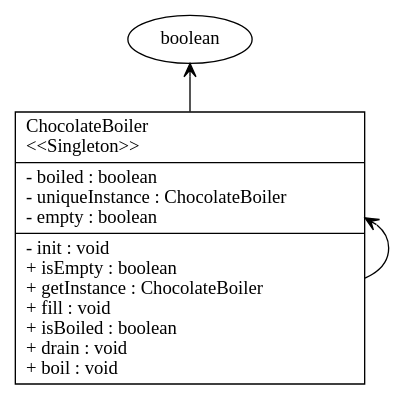
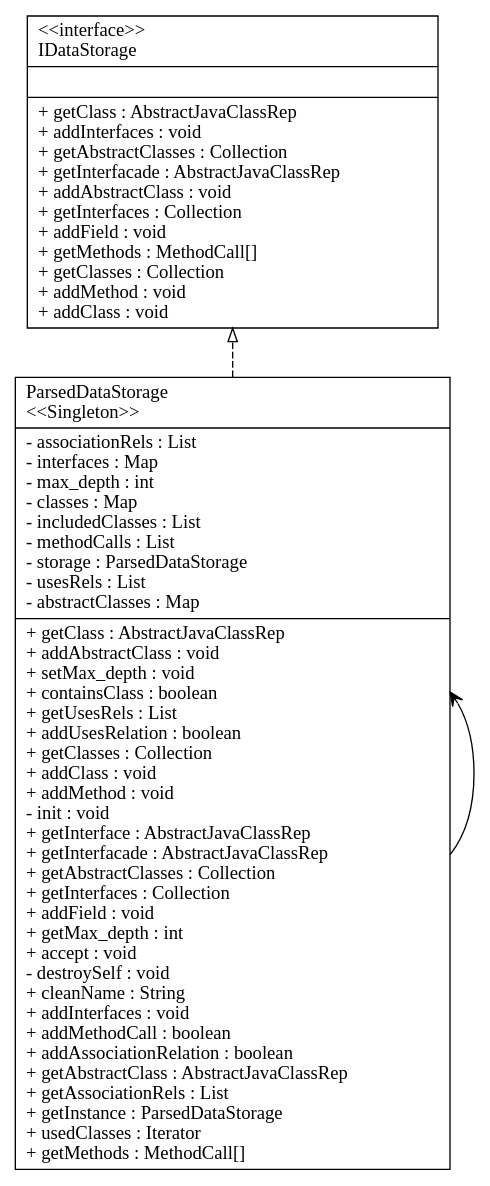
The diagram in graph_text/generated_graph.gv (cbudo/UMLCreator), drawn with Graphviz before and after one commit. The commit also changed 2 other files, not shown here.

```diff
--- a/graph_text/generated_graph.gv
+++ b/graph_text/generated_graph.gv
@@ -1,22 +1,63 @@
 digraph UML_Diagram
 {
 rankdir=BT;
 
-ChocolateBoiler [
+ParsedDataStorage [
 shape = "record", color="black",
-label = "{ChocolateBoiler\l\<\<Singleton\>\>\l|
-- boiled : boolean\l
-- uniqueInstance : ChocolateBoiler\l
-- empty : boolean\l
-|- init : void\l
-+ isEmpty : boolean\l
-+ getInstance : ChocolateBoiler\l
-+ fill : void\l
-+ isBoiled : boolean\l
-+ drain : void\l
-+ boil : void\l
+label = "{ParsedDataStorage\l\<\<Singleton\>\>\l|
+- associationRels : List\l
+- interfaces : Map\l
+- max_depth : int\l
+- classes : Map\l
+- includedClasses : List\l
+- methodCalls : List\l
+- storage : ParsedDataStorage\l
+- usesRels : List\l
+- abstractClasses : Map\l
+|+ getClass : AbstractJavaClassRep\l
++ addAbstractClass : void\l
++ setMax_depth : void\l
++ containsClass : boolean\l
++ getUsesRels : List\l
++ addUsesRelation : boolean\l
++ getClasses : Collection\l
++ addClass : void\l
++ addMethod : void\l
+- init : void\l
++ getInterface : AbstractJavaClassRep\l
++ getInterfacade : AbstractJavaClassRep\l
++ getAbstractClasses : Collection\l
++ getInterfaces : Collection\l
++ addField : void\l
++ getMax_depth : int\l
++ accept : void\l
+- destroySelf : void\l
++ cleanName : String\l
++ addInterfaces : void\l
++ addMethodCall : boolean\l
++ addAssociationRelation : boolean\l
++ getAbstractClass : AbstractJavaClassRep\l
++ getAssociationRels : List\l
++ getInstance : ParsedDataStorage\l
++ usedClasses : Iterator\l
++ getMethods : MethodCall[]\l
 }"];
-ChocolateBoiler -> boolean [arrowhead="vee", style="solid"];
-ChocolateBoiler -> ChocolateBoiler [arrowhead="vee", style="solid"];
+ParsedDataStorage -> IDataStorage [arrowhead="onormal", style="dashed"];
+
+IDataStorage [
+shape = "record",
+label = "{\<\<interface\>\>\lIDataStorage\l||+ getClass : AbstractJavaClassRep\l
++ addInterfaces : void\l
++ getAbstractClasses : Collection\l
++ getInterfacade : AbstractJavaClassRep\l
++ addAbstractClass : void\l
++ getInterfaces : Collection\l
++ addField : void\l
++ getMethods : MethodCall[]\l
++ getClasses : Collection\l
++ addMethod : void\l
++ addClass : void\l
+}"];
+ParsedDataStorage -> ParsedDataStorage [arrowhead="vee", style="solid"];
 
 }
```
